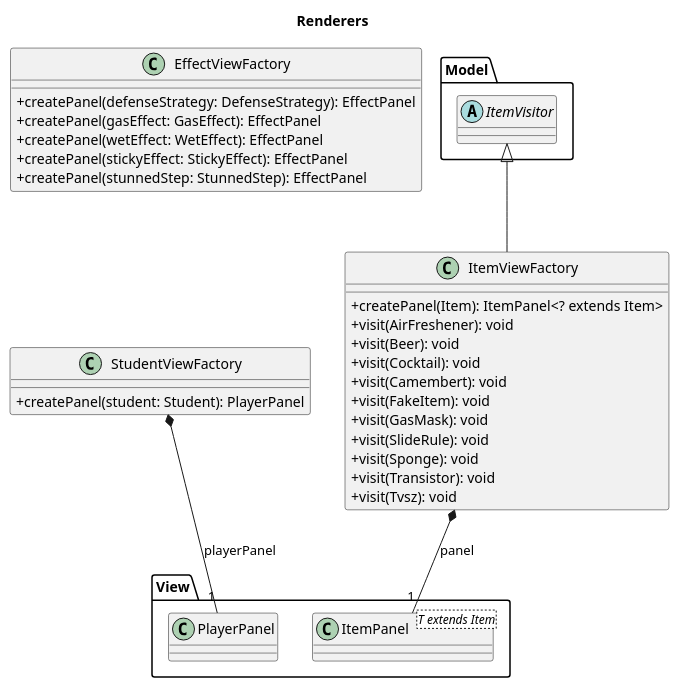
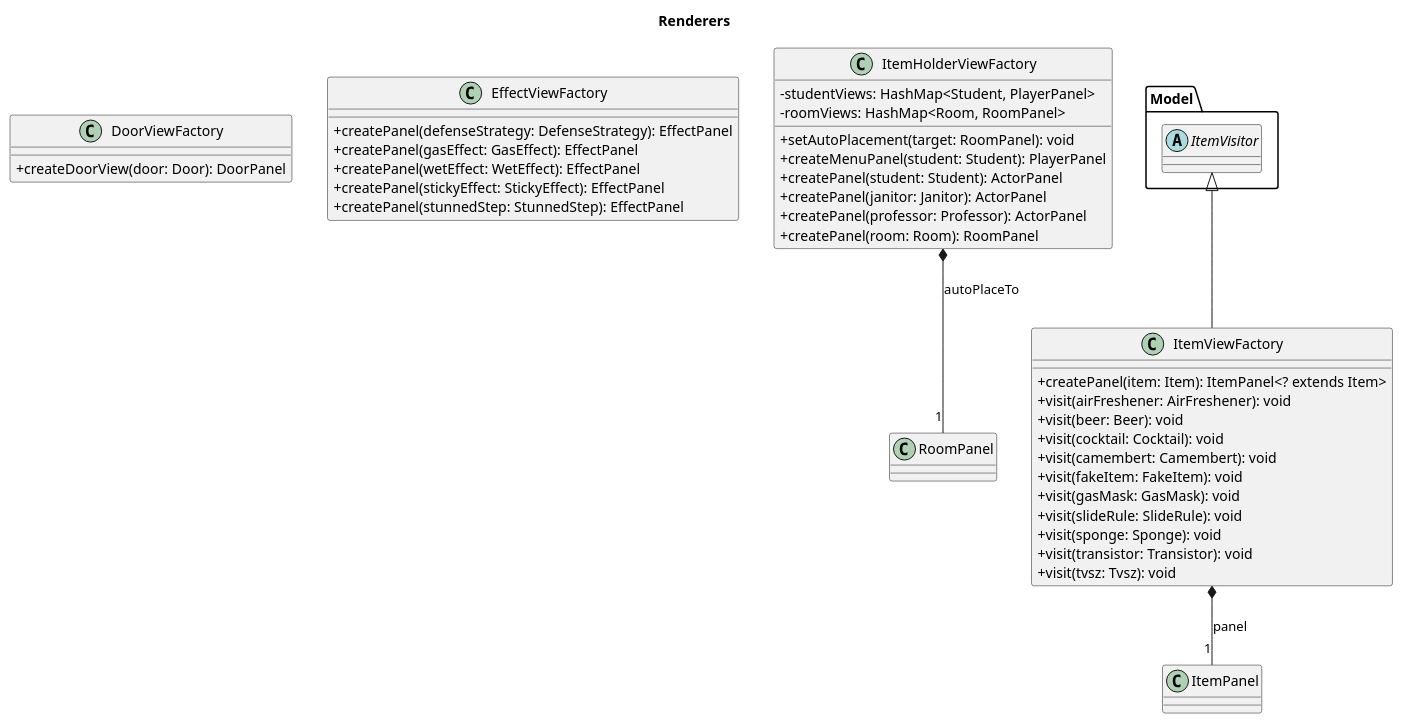
One commit to Kristof-me/Logarlec changed the diagram in docs/class/ui_class_chunks/renderers.puml. Above: the diagram before and after it, drawn with PlantUML. The commit also changed 11 other files, not shown here.

Commit message:
ui class diagram

```diff
--- a/docs/class/ui_class_chunks/renderers.puml
+++ b/docs/class/ui_class_chunks/renderers.puml
@@ -1,43 +1,50 @@
 @startuml Renderers
 title Renderers
 
 skinparam classAttributeIconSize 0
 
 package Model{
     abstract class ItemVisitor{}
 }
-package View{
-    class ItemPanel <T extends Item>{}
-    class PlayerPanel{}
-}
 
-class EffectViewFactory{
-    + createPanel(defenseStrategy: DefenseStrategy): EffectPanel
-    + createPanel(gasEffect: GasEffect): EffectPanel
-    + createPanel(wetEffect: WetEffect): EffectPanel
-    + createPanel(stickyEffect: StickyEffect): EffectPanel
-    + createPanel(stunnedStep: StunnedStep): EffectPanel
-}
-ItemVisitor <|-- ItemViewFactory
-ItemViewFactory *--"1" ItemPanel: panel
-class ItemViewFactory {
-    +createPanel(Item): ItemPanel<? extends Item>
-    +visit(AirFreshener): void
-    +visit(Beer): void
-    +visit(Cocktail): void
-    +visit(Camembert): void
-    +visit(FakeItem): void
-    +visit(GasMask): void
-    +visit(SlideRule): void
-    +visit(Sponge): void
-    +visit(Transistor): void
-    +visit(Tvsz): void
-}
-StudentViewFactory *--"1" PlayerPanel: playerPanel
-class StudentViewFactory{
-    + createPanel(student: Student): PlayerPanel
-}
+        class DoorViewFactory{
+            + createDoorView(door: Door): DoorPanel
+        }
 
+        class EffectViewFactory {
+            +createPanel(defenseStrategy: DefenseStrategy): EffectPanel
+            +createPanel(gasEffect: GasEffect): EffectPanel
+            +createPanel(wetEffect: WetEffect): EffectPanel
+            +createPanel(stickyEffect: StickyEffect): EffectPanel
+            +createPanel(stunnedStep: StunnedStep): EffectPanel
+        }
 
+        ItemHolderViewFactory *--"1" RoomPanel: autoPlaceTo
+        class ItemHolderViewFactory {
+            -studentViews: HashMap<Student, PlayerPanel>
+            -roomViews: HashMap<Room, RoomPanel>
+            +setAutoPlacement(target: RoomPanel): void
+            +createMenuPanel(student: Student): PlayerPanel
+            +createPanel(student: Student): ActorPanel
+            +createPanel(janitor: Janitor): ActorPanel
+            +createPanel(professor: Professor): ActorPanel
+            +createPanel(room: Room): RoomPanel
+        }
+
+        ItemVisitor <|-- ItemViewFactory
+        ItemViewFactory *--"1" ItemPanel: panel
+        class ItemViewFactory {
+            +createPanel(item: Item): ItemPanel<? extends Item>
+            +visit(airFreshener: AirFreshener): void
+            +visit(beer: Beer): void
+            +visit(cocktail: Cocktail): void
+            +visit(camembert: Camembert): void
+            +visit(fakeItem: FakeItem): void
+            +visit(gasMask: GasMask): void
+            +visit(slideRule: SlideRule): void
+            +visit(sponge: Sponge): void
+            +visit(transistor: Transistor): void
+            +visit(tvsz: Tvsz): void
+        }
 
 @enduml
```
